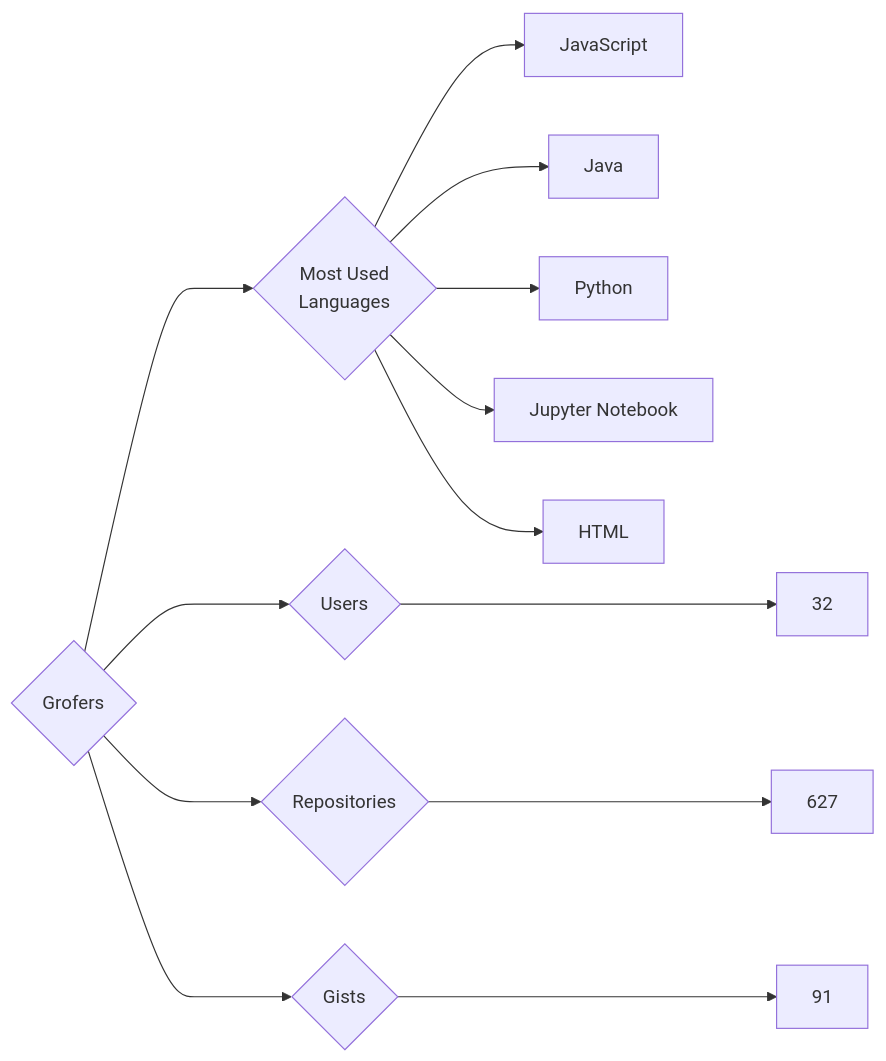
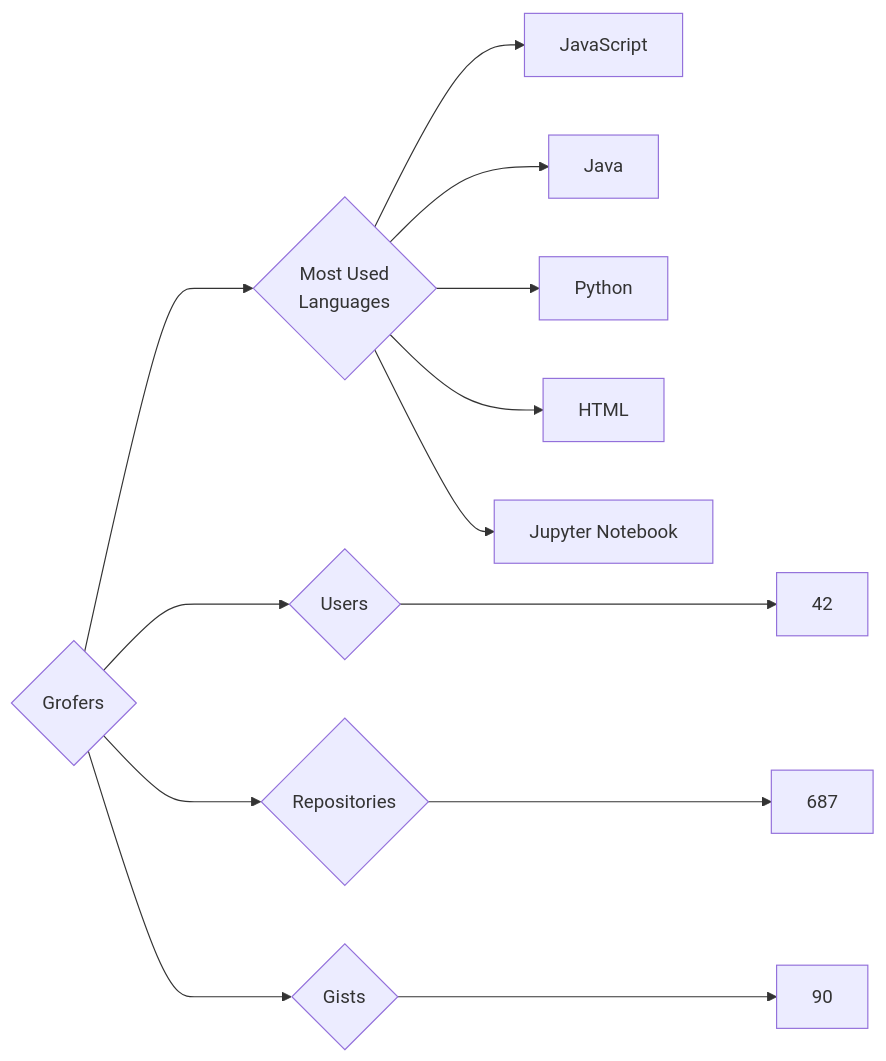
One commit to trickest/insiders changed the diagram in targets/Grofers/README.md. Above: the diagram before and after it, drawn with Mermaid. The commit also changed 718 other files, not shown here.

````diff
--- a/targets/Grofers/README.md
+++ b/targets/Grofers/README.md
@@ -3,13 +3,13 @@
 ```mermaid
 graph LR
 COMPANY_NAME{Grofers}
-COMPANY_NAME ---> U{Users} ---> UN[32]
-COMPANY_NAME ---> R{Repositories} ---> RN[627]
-COMPANY_NAME ---> G{Gists} ---> GN[91]
+COMPANY_NAME ---> U{Users} ---> UN[42]
+COMPANY_NAME ---> R{Repositories} ---> RN[687]
+COMPANY_NAME ---> G{Gists} ---> GN[90]
 COMPANY_NAME ---> ML{Most Used<br>Languages}
 ML --> JavaScript[JavaScript]
 ML --> Java[Java]
 ML --> Python[Python]
+ML --> HTML[HTML]
 ML --> Jupyter_Notebook[Jupyter Notebook]
-ML --> HTML[HTML]
 ```
````
